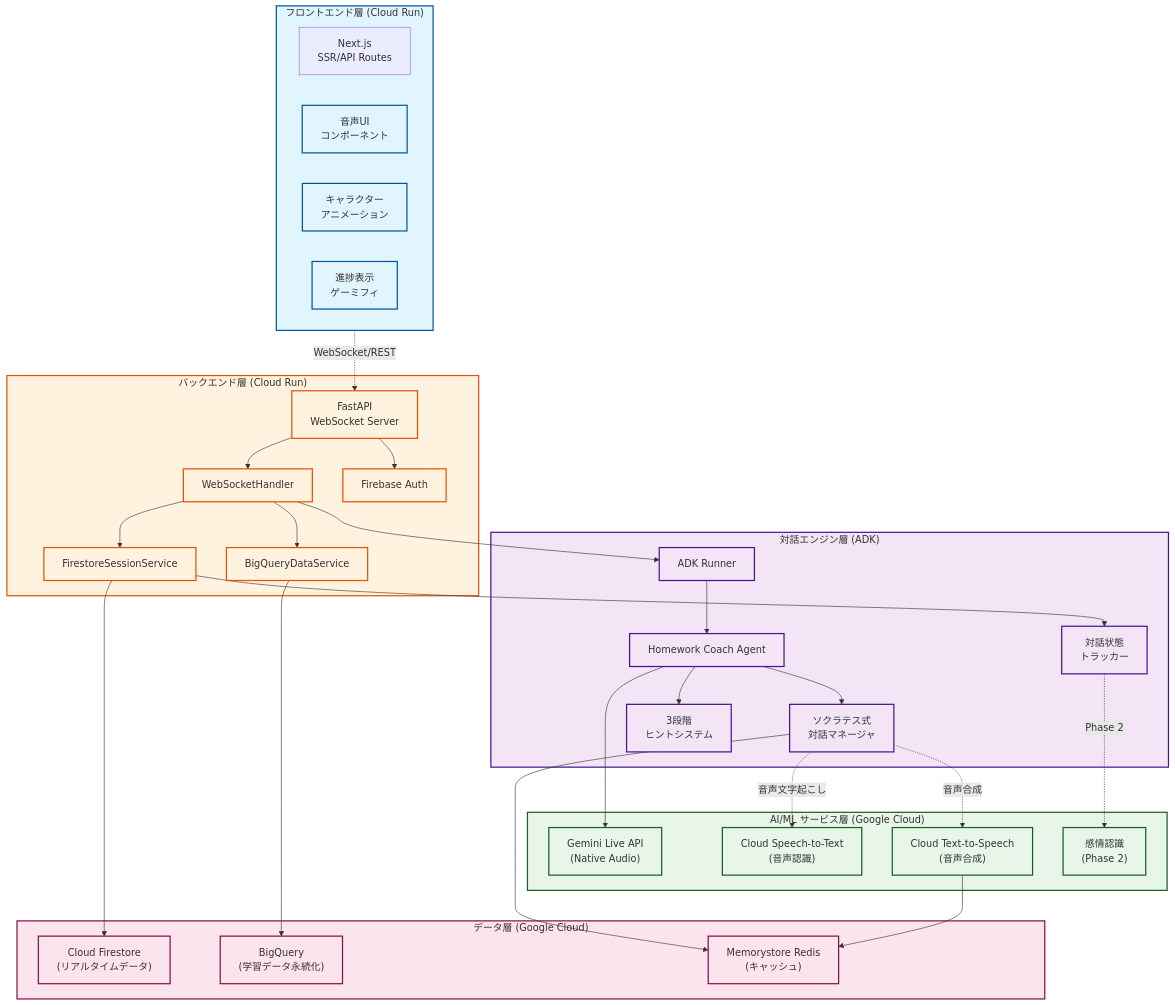
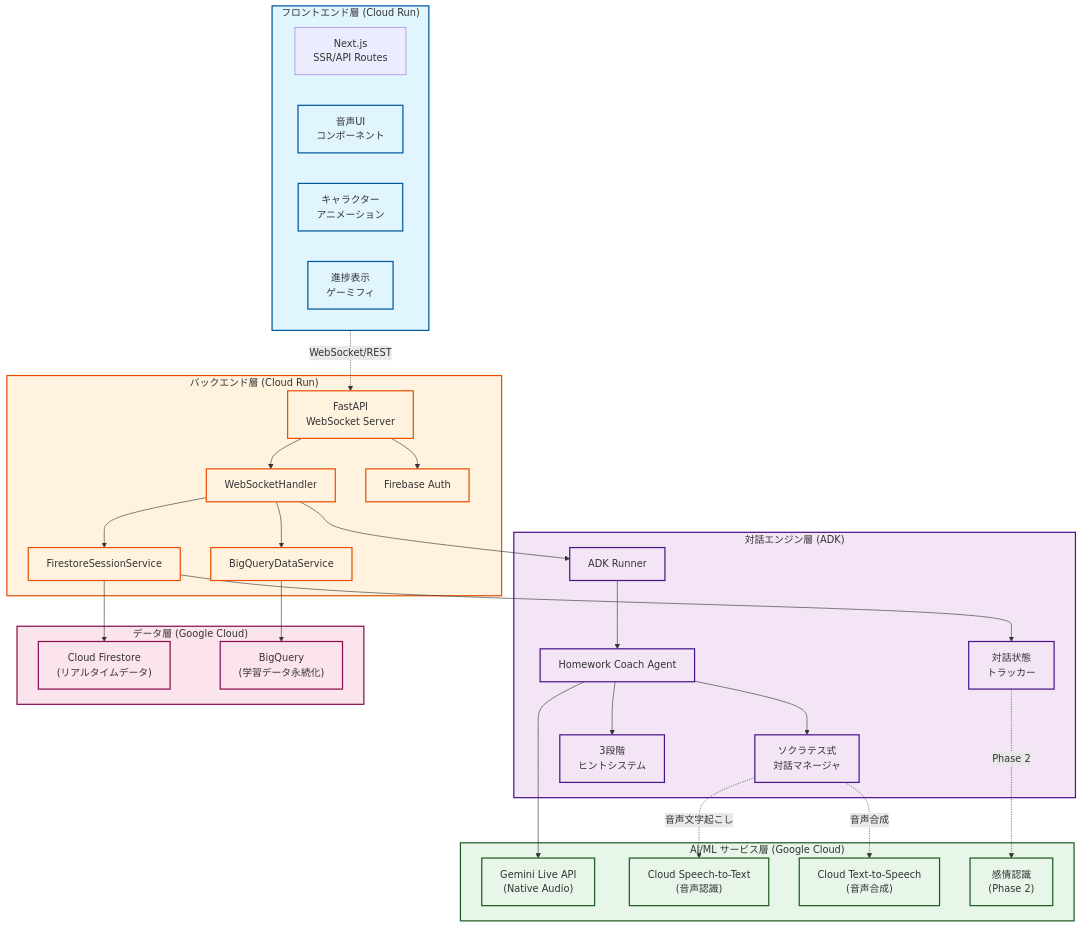
Before and after one commit to arakitakashi/homework-coach-robo: the first of 9 diagrams in docs/functional-design.md, drawn with Mermaid. The commit also changed other lines of this file and 8 other files, not shown here.

````diff
--- a/docs/functional-design.md
+++ b/docs/functional-design.md
@@ -13,79 +13,76 @@
 ```mermaid
 graph TB
     subgraph Frontend["フロントエンド層 (Cloud Run)"]
         NextJS["Next.js<br/>SSR/API Routes"]
         VoiceUI["音声UI<br/>コンポーネント"]
         Character["キャラクター<br/>アニメーション"]
         Progress["進捗表示<br/>ゲーミフィ"]
     end
 
     subgraph Backend["バックエンド層 (Cloud Run)"]
         FastAPI["FastAPI<br/>WebSocket Server"]
         WSHandler["WebSocketHandler"]
         SessionService["FirestoreSessionService"]
         BQService["BigQueryDataService"]
         Auth["Firebase Auth"]
     end
 
     subgraph Dialogue["対話エンジン層 (ADK)"]
         ADKRunner["ADK Runner"]
         Agent["Homework Coach Agent"]
         SocraticEngine["ソクラテス式<br/>対話マネージャ"]
         HintSystem["3段階<br/>ヒントシステム"]
         StateTracker["対話状態<br/>トラッカー"]
     end
 
     subgraph AIML["AI/ML サービス層 (Google Cloud)"]
         GeminiLive["Gemini Live API<br/>(Native Audio)"]
         STT["Cloud Speech-to-Text<br/>(音声認識)"]
         TTS["Cloud Text-to-Speech<br/>(音声合成)"]
         Emotion["感情認識<br/>(Phase 2)"]
     end
 
     subgraph Data["データ層 (Google Cloud)"]
         Firestore["Cloud Firestore<br/>(リアルタイムデータ)"]
         BigQuery["BigQuery<br/>(学習データ永続化)"]
-        Redis["Memorystore Redis<br/>(キャッシュ)"]
     end
 
     %% フロントエンド → バックエンド
     Frontend -.WebSocket/REST.-> FastAPI
 
     %% バックエンド内部フロー
     FastAPI --> WSHandler
     WSHandler --> SessionService
     WSHandler --> BQService
     FastAPI --> Auth
 
     %% バックエンド → 対話エンジン
     WSHandler --> ADKRunner
     ADKRunner --> Agent
     Agent --> SocraticEngine
     Agent --> HintSystem
     SessionService --> StateTracker
 
     %% 対話エンジン → AI/ML
     Agent --> GeminiLive
     SocraticEngine -.音声文字起こし.-> STT
     SocraticEngine -.音声合成.-> TTS
     StateTracker -.Phase 2.-> Emotion
 
     %% データアクセス
     SessionService --> Firestore
     BQService --> BigQuery
-    SocraticEngine --> Redis
-    TTS --> Redis
 
     %% スタイル
     classDef frontend fill:#e1f5ff,stroke:#01579b,stroke-width:2px
     classDef backend fill:#fff3e0,stroke:#e65100,stroke-width:2px
     classDef dialogue fill:#f3e5f5,stroke:#4a148c,stroke-width:2px
     classDef aiml fill:#e8f5e9,stroke:#1b5e20,stroke-width:2px
     classDef data fill:#fce4ec,stroke:#880e4f,stroke-width:2px
 
     class Frontend,VoiceUI,Character,Progress frontend
     class Backend,FastAPI,WSHandler,SessionService,BQService,Auth backend
     class Dialogue,ADKRunner,Agent,SocraticEngine,HintSystem,StateTracker dialogue
     class AIML,GeminiLive,STT,TTS,Emotion aiml
-    class Data,Firestore,BigQuery,Redis data
+    class Data,Firestore,BigQuery data
 ```
````
